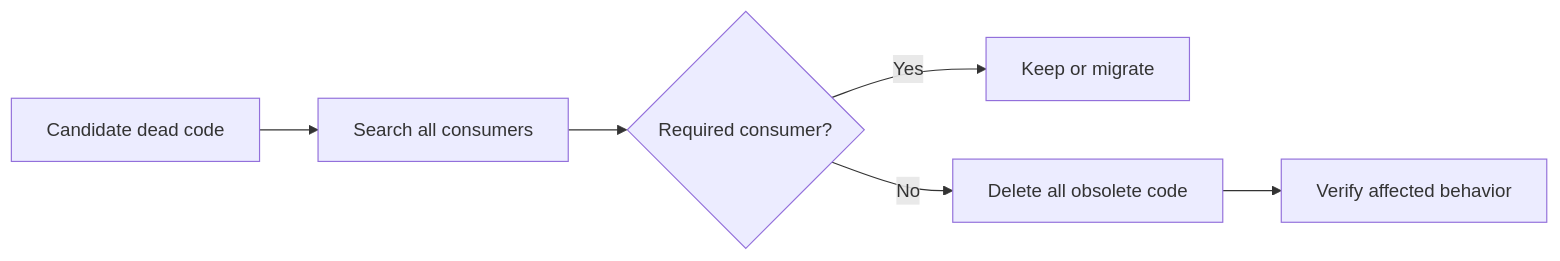
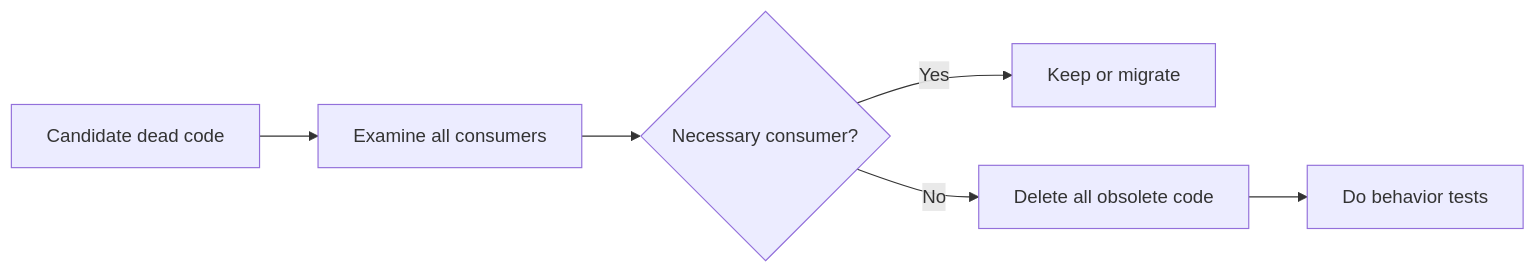
Before and after one commit to HomericIntelligence/Athena: the diagram in docs/principles/details/p088-delete-dead-code.md, drawn with Mermaid. The commit also changed other lines of this file and 91 other files, not shown here.

````diff
--- a/docs/principles/details/p088-delete-dead-code.md
+++ b/docs/principles/details/p088-delete-dead-code.md
@@ -37,8 +38,8 @@
 ```mermaid
 flowchart LR
-    A["Candidate dead code"] --> B["Search all consumers"]
-    B --> C{"Required consumer?"}
+    A["Candidate dead code"] --> B["Examine all consumers"]
+    B --> C{"Necessary consumer?"}
     C -->|Yes| D["Keep or migrate"]
     C -->|No| E["Delete all obsolete code"]
-    E --> F["Verify affected behavior"]
+    E --> F["Do behavior tests"]
 ```
````
